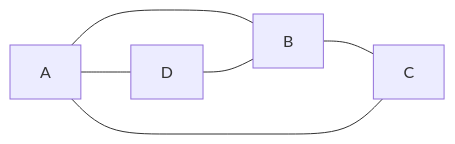
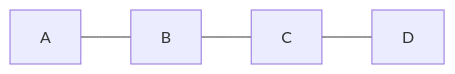
Diagram 26 of 27 in docs/matematica_discreta/guia_didactica.md (AndresManuelArias/statistical_study), drawn with Mermaid before and after one commit. The commit also changed other lines of this file and 9 other files, not shown here.

````diff
--- a/docs/matematica_discreta/guia_didactica.md
+++ b/docs/matematica_discreta/guia_didactica.md
@@ -1227,8 +1272,6 @@
 ```mermaid
 flowchart LR
     A --- B
     B --- C
-    C --- A
-    A --- D
-    D --- B
+    C --- D
 ```
````
